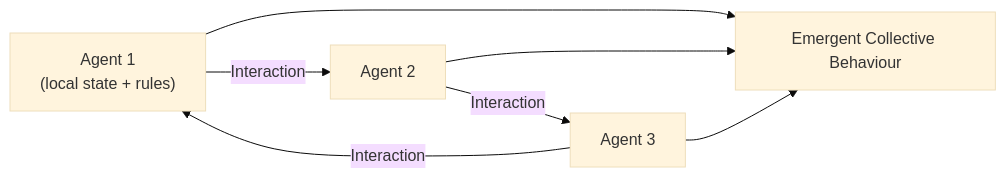
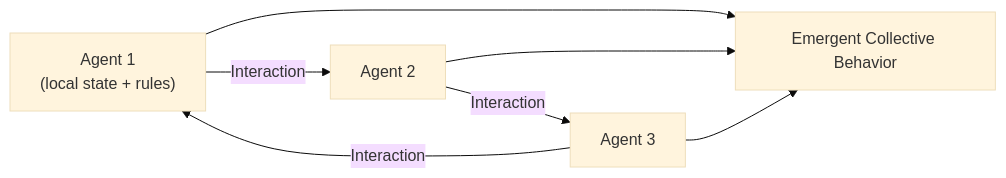
One commit to docxology/biology_textbook changed the first of 4 diagrams in manuscript/unit_0/complex_adaptive_systems.md. Above: the diagram before and after it, drawn with Mermaid (base theme). The commit also changed other lines of this file and 247 other files, not shown here.

````diff
--- a/manuscript/unit_0/complex_adaptive_systems.md
+++ b/manuscript/unit_0/complex_adaptive_systems.md
@@ -100,7 +100,7 @@
 ```mermaid
 graph LR
     A1["Agent 1\n(local state + rules)"] -->|Interaction| A2["Agent 2"]
     A2 -->|Interaction| A3["Agent 3"]
     A3 -->|Interaction| A1
-    A1 & A2 & A3 --> E["Emergent Collective Behaviour"]
+    A1 & A2 & A3 --> E["Emergent Collective Behavior"]
 ```
````
